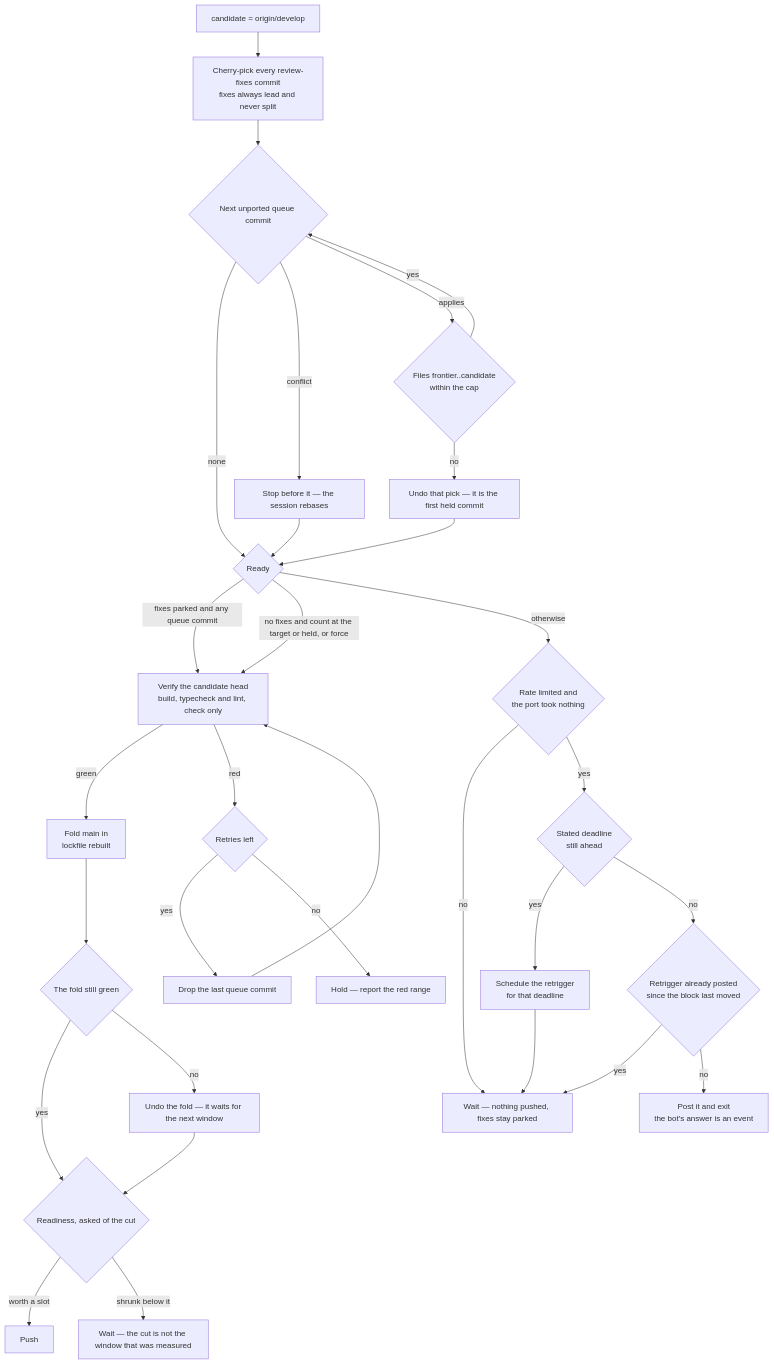
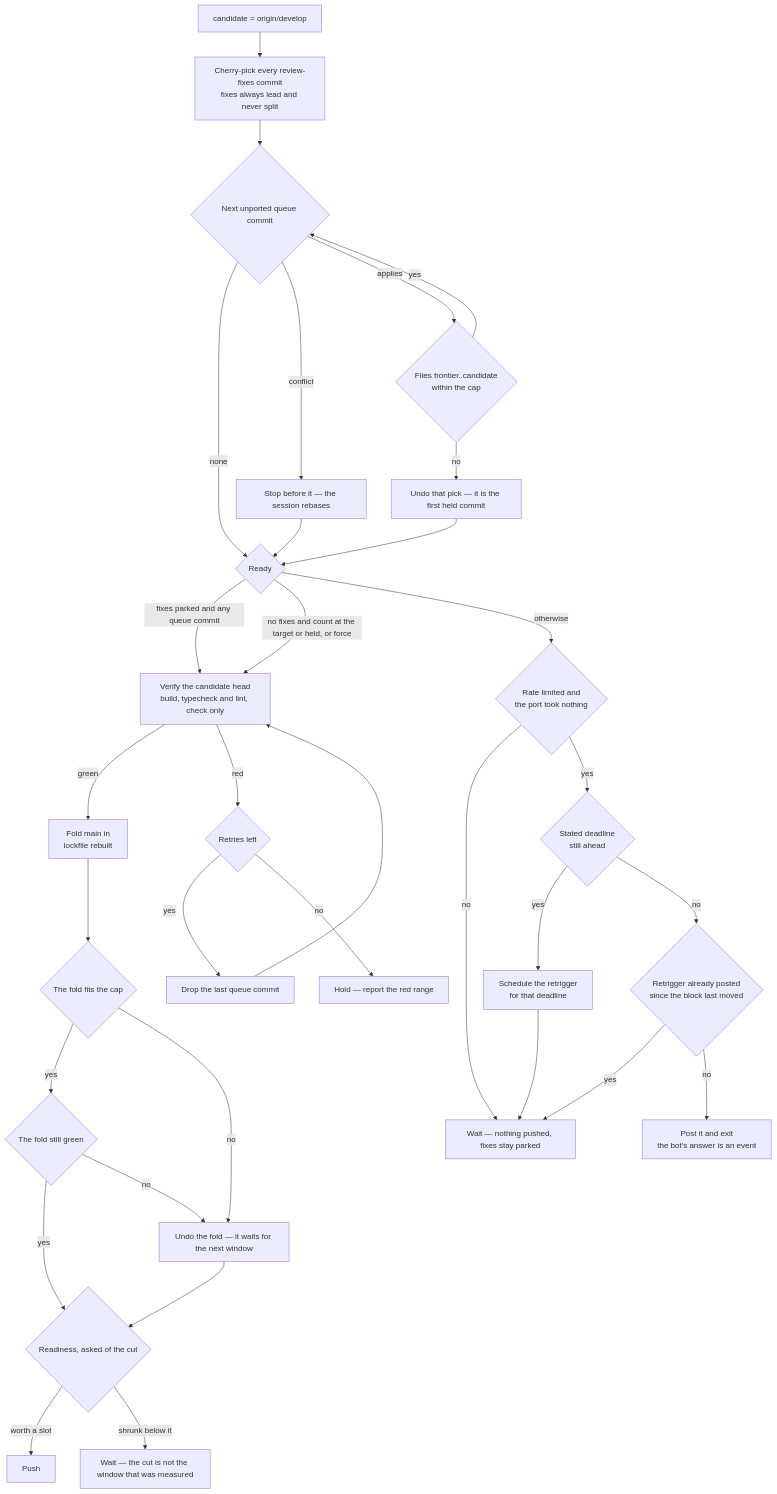
Before and after one commit to Esposter/Esposter: the second of 2 diagrams in apps/web/content/docs/infra/review-collector/collection-cycle.md, drawn with Mermaid. The commit also changed other lines of this file and 15 other files, not shown here.

````diff
--- a/apps/web/content/docs/infra/review-collector/collection-cycle.md
+++ b/apps/web/content/docs/infra/review-collector/collection-cycle.md
@@ -83,30 +83,32 @@
 ```mermaid
 flowchart TD
   C[candidate = origin/develop] --> FX[Cherry-pick every review-fixes commit<br/>fixes always lead and never split]
   FX --> Q{Next unported queue commit}
   Q -->|none| RD
   Q -->|conflict| H[Stop before it — the session rebases]
   Q -->|applies| M{Files frontier..candidate<br/>within the cap}
   M -->|yes| Q
   M -->|no| U[Undo that pick — it is the first held commit]
   U --> RD
   H --> RD{Ready}
   RD -->|fixes parked and any queue commit| V
   RD -->|no fixes and count at the target or held, or force| V
   RD -->|otherwise| LM{Rate limited and<br/>the port took nothing}
   LM -->|no| W[Wait — nothing pushed, fixes stay parked]
   LM -->|yes| DL{Stated deadline<br/>still ahead}
   DL -->|yes| SR[Schedule the retrigger<br/>for that deadline] --> W
   DL -->|no| AK{Retrigger already posted<br/>since the block last moved}
   AK -->|yes| W
   AK -->|no| PB[Post it and exit<br/>the bot's answer is an event]
   V[Verify the candidate head<br/>build, typecheck and lint, check only] -->|green| FM[Fold main in<br/>lockfile rebuilt]
   V -->|red| BK{Retries left}
   BK -->|yes| DR[Drop the last queue commit] --> V
   BK -->|no| HR[Hold — report the red range]
-  FM --> V2{The fold still green}
+  FM --> FC{The fold fits the cap}
+  FC -->|yes| V2{The fold still green}
+  FC -->|no| UF[Undo the fold — it waits for the next window] --> RD2
   V2 -->|yes| RD2{Readiness, asked of the cut}
-  V2 -->|no| UF[Undo the fold — it waits for the next window] --> RD2
+  V2 -->|no| UF
   RD2 -->|worth a slot| P[Push]
   RD2 -->|shrunk below it| W2[Wait — the cut is not the window that was measured]
 ```
````
